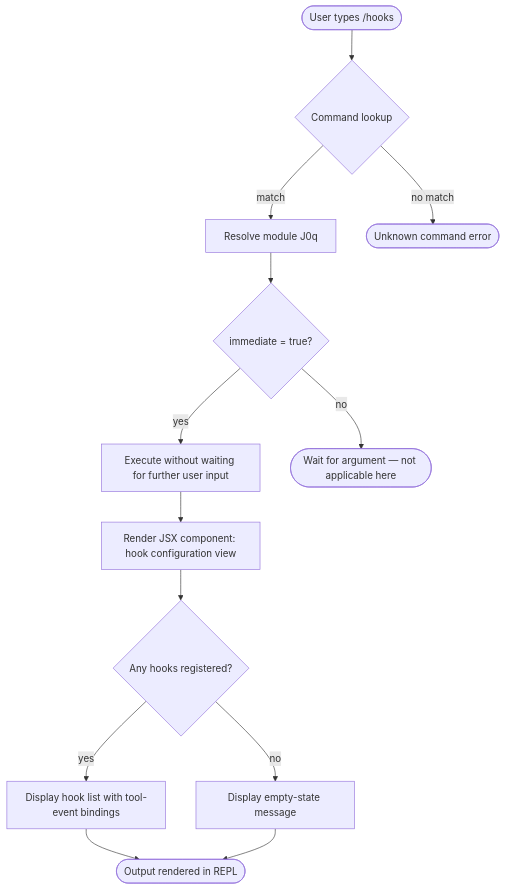
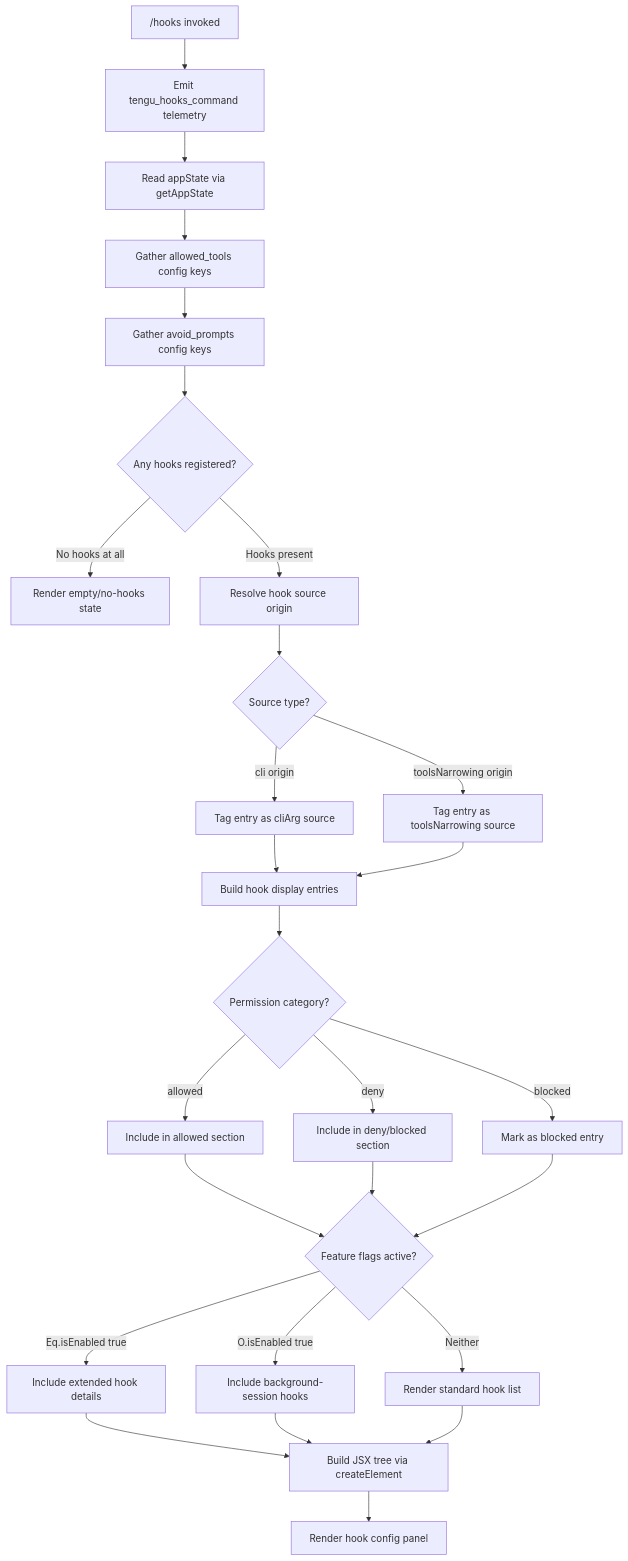
One commit to MyLittleLuckyDog/cc-gnothi changed the diagram in versions/v2.1.144/hooks.md. Above: the diagram before and after it, drawn with Mermaid. The commit also changed other lines of this file and 483 other files, not shown here.

````diff
--- a/versions/v2.1.144/hooks.md
+++ b/versions/v2.1.144/hooks.md
@@ -46,15 +55,37 @@
 ```mermaid
 flowchart TD
-    A([User types /hooks]) --> B{Command lookup}
-    B -- match --> C[Resolve module J0q]
-    B -- no match --> Z([Unknown command error])
-    C --> D{immediate = true?}
-    D -- yes --> E[Execute without waiting for further user input]
-    D -- no --> F([Wait for argument — not applicable here])
-    E --> G[Render JSX component: hook configuration view]
-    G --> H{Any hooks registered?}
-    H -- yes --> I[Display hook list with tool-event bindings]
-    H -- no --> J[Display empty-state message]
-    I --> K([Output rendered in REPL])
-    J --> K
+    A["/hooks invoked"] --> B[Emit tengu_hooks_command telemetry]
+    B --> C[Read appState via getAppState]
+    C --> D[Gather allowed_tools config keys]
+    D --> E[Gather avoid_prompts config keys]
+    E --> F{Any hooks registered?}
+
+    F -- No hooks at all --> G[Render empty/no-hooks state]
+    F -- Hooks present --> H[Resolve hook source origin]
+
+    H --> I{Source type?}
+    I -- cli origin --> J[Tag entry as cliArg source]
+    I -- toolsNarrowing origin --> K[Tag entry as toolsNarrowing source]
+
+    J --> L[Build hook display entries]
+    K --> L
+
+    L --> M{Permission category?}
+    M -- allowed --> N[Include in allowed section]
+    M -- deny --> O[Include in deny/blocked section]
+    M -- blocked --> P[Mark as blocked entry]
+
+    N --> Q{Feature flags active?}
+    O --> Q
+    P --> Q
+
+    Q -- Eq.isEnabled true --> R[Include extended hook details]
+    Q -- O.isEnabled true --> S[Include background-session hooks]
+    Q -- Neither --> T[Render standard hook list]
+
+    R --> U[Build JSX tree via createElement]
+    S --> U
+    T --> U
+
+    U --> V[Render hook config panel]
 ```
````
